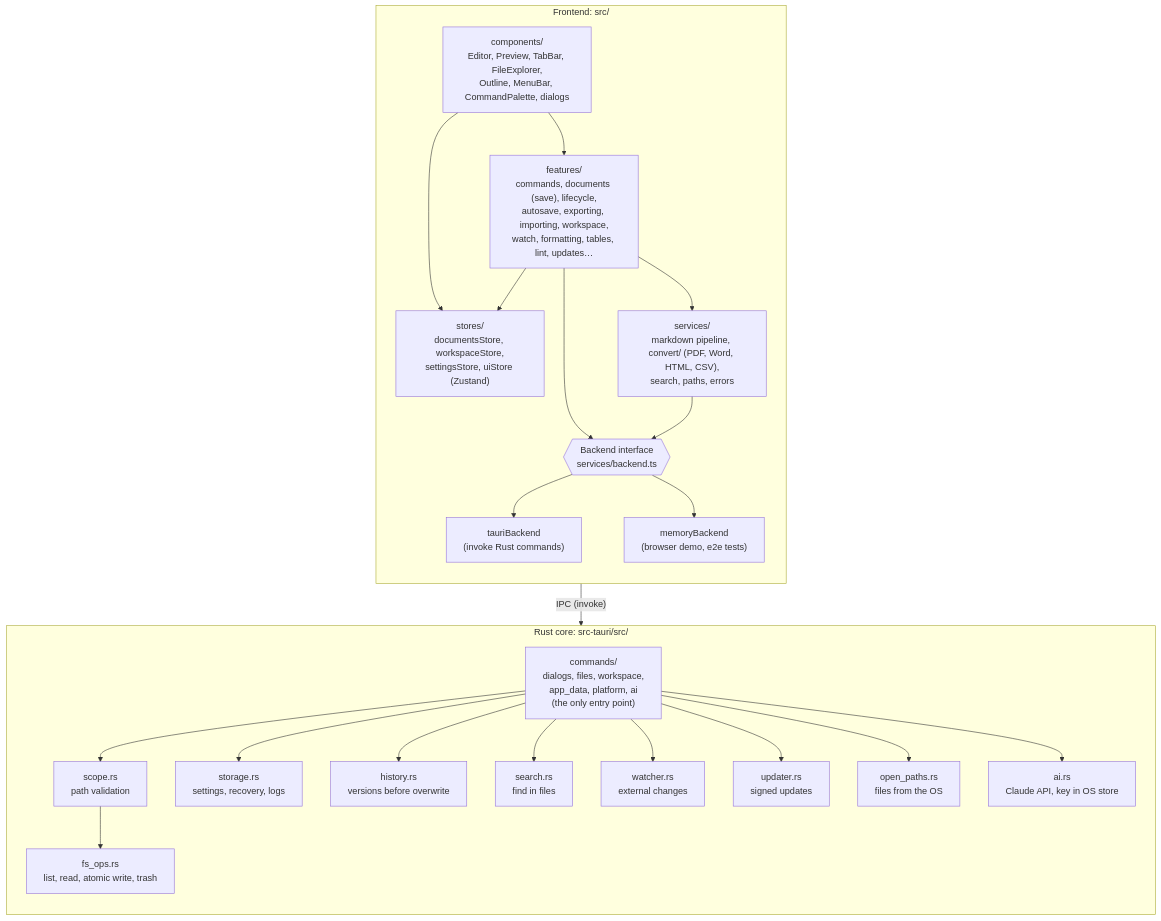
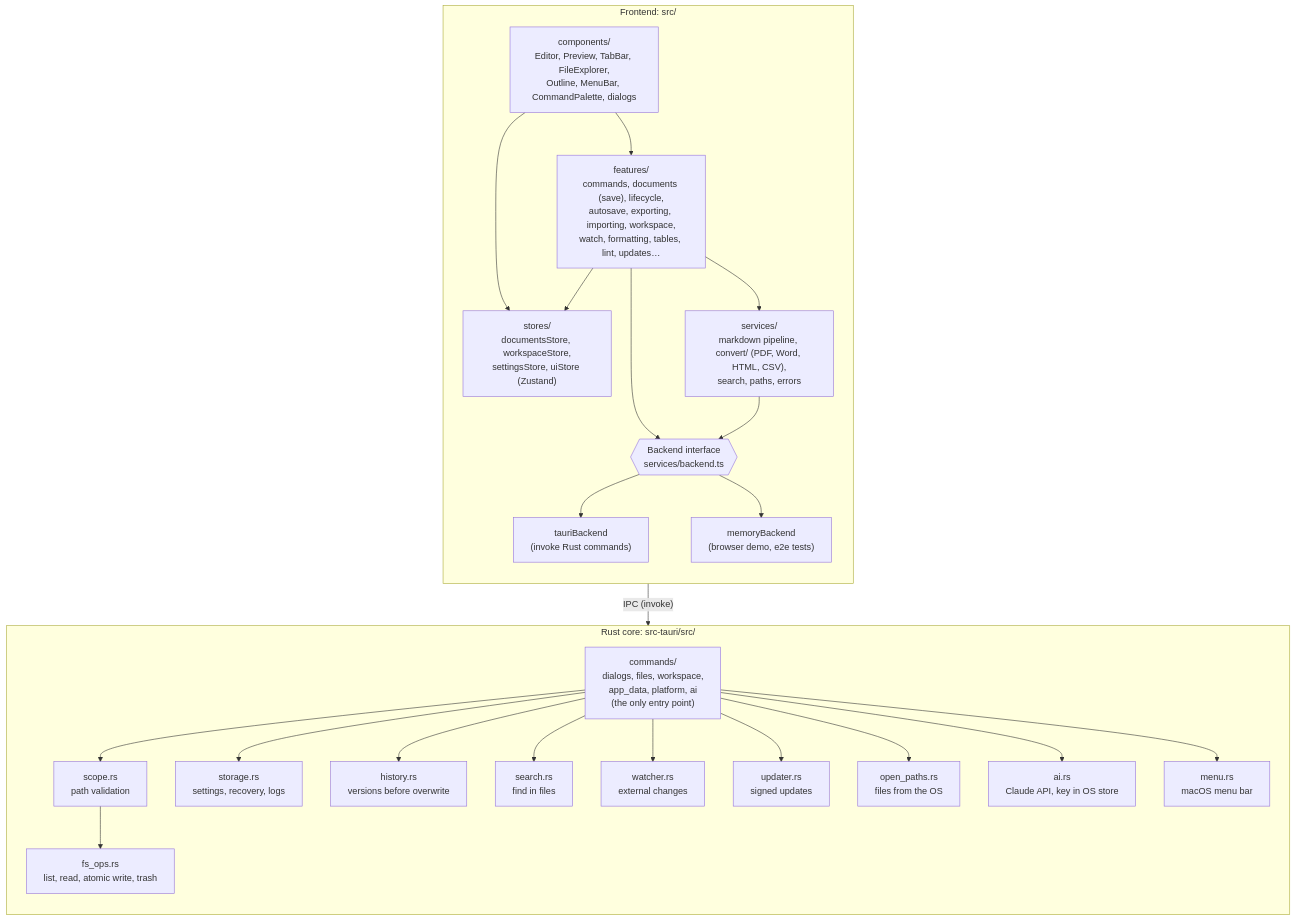
The second of 11 diagrams in docs/DESIGN.md (nasimuddin-dev/markdown-studio), drawn with Mermaid before and after one commit. The commit also changed other lines of this file and 13 other files, not shown here.

Commit message:
macOS: menus in the system menu bar (built from the in-app menus)

````diff
--- a/docs/DESIGN.md
+++ b/docs/DESIGN.md
@@ -50,46 +50,48 @@
 ```mermaid
 flowchart TB
   subgraph FE[Frontend: src/]
     direction TB
     C["components/<br/>Editor, Preview, TabBar, FileExplorer,<br/>Outline, MenuBar, CommandPalette, dialogs"]
     F["features/<br/>commands, documents (save), lifecycle,<br/>autosave, exporting, importing, workspace,<br/>watch, formatting, tables, lint, updates…"]
     S["stores/<br/>documentsStore, workspaceStore,<br/>settingsStore, uiStore (Zustand)"]
     SV["services/<br/>markdown pipeline, convert/ (PDF, Word, HTML, CSV),<br/>search, paths, errors"]
     B{{"Backend interface<br/>services/backend.ts"}}
     TB["tauriBackend<br/>(invoke Rust commands)"]
     MB["memoryBackend<br/>(browser demo, e2e tests)"]
     C --> F
     C --> S
     F --> S
     F --> SV
     F --> B
     SV --> B
     B --> TB
     B --> MB
   end
 
   subgraph RS[Rust core: src-tauri/src/]
     direction TB
     CMD["commands/<br/>dialogs, files, workspace,<br/>app_data, platform, ai<br/>(the only entry point)"]
     SC["scope.rs<br/>path validation"]
     FS["fs_ops.rs<br/>list, read, atomic write, trash"]
     ST["storage.rs<br/>settings, recovery, logs"]
     HI["history.rs<br/>versions before overwrite"]
     SE["search.rs<br/>find in files"]
     WA["watcher.rs<br/>external changes"]
     UP["updater.rs<br/>signed updates"]
     OP["open_paths.rs<br/>files from the OS"]
     AI["ai.rs<br/>Claude API, key in OS store"]
+    MN["menu.rs<br/>macOS menu bar"]
     CMD --> SC
     SC --> FS
     CMD --> ST
     CMD --> HI
     CMD --> SE
     CMD --> WA
     CMD --> UP
     CMD --> OP
     CMD --> AI
+    CMD --> MN
   end
 
   TB -->|"IPC (invoke)"| CMD
 ```
````
